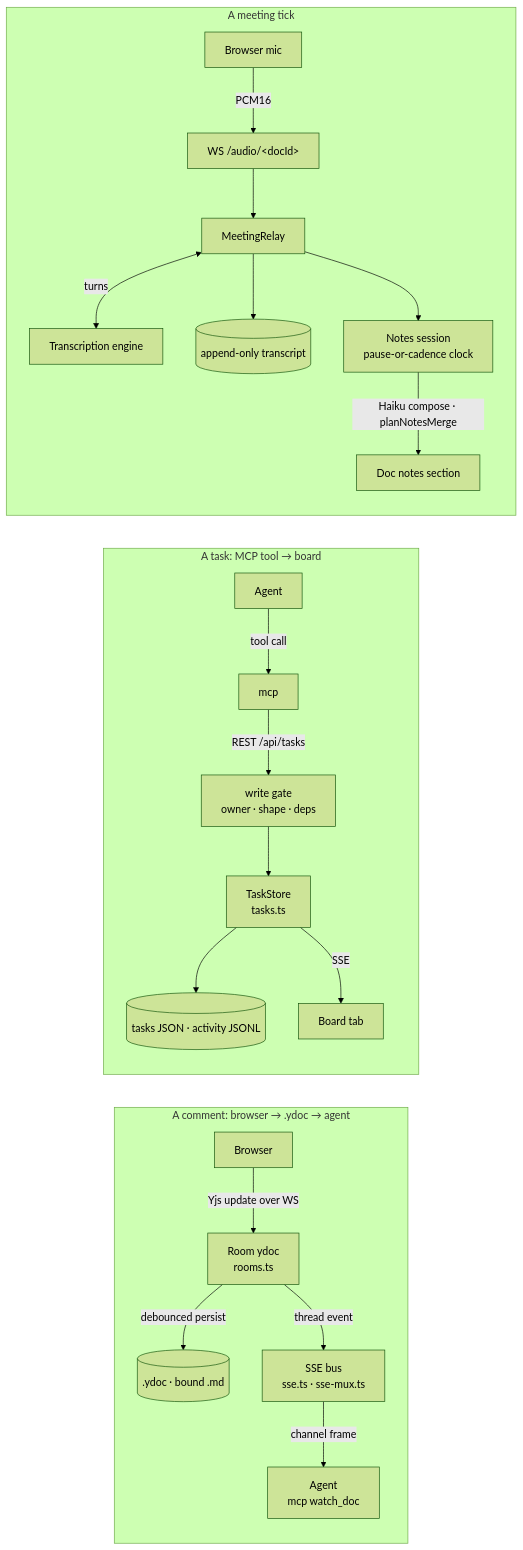
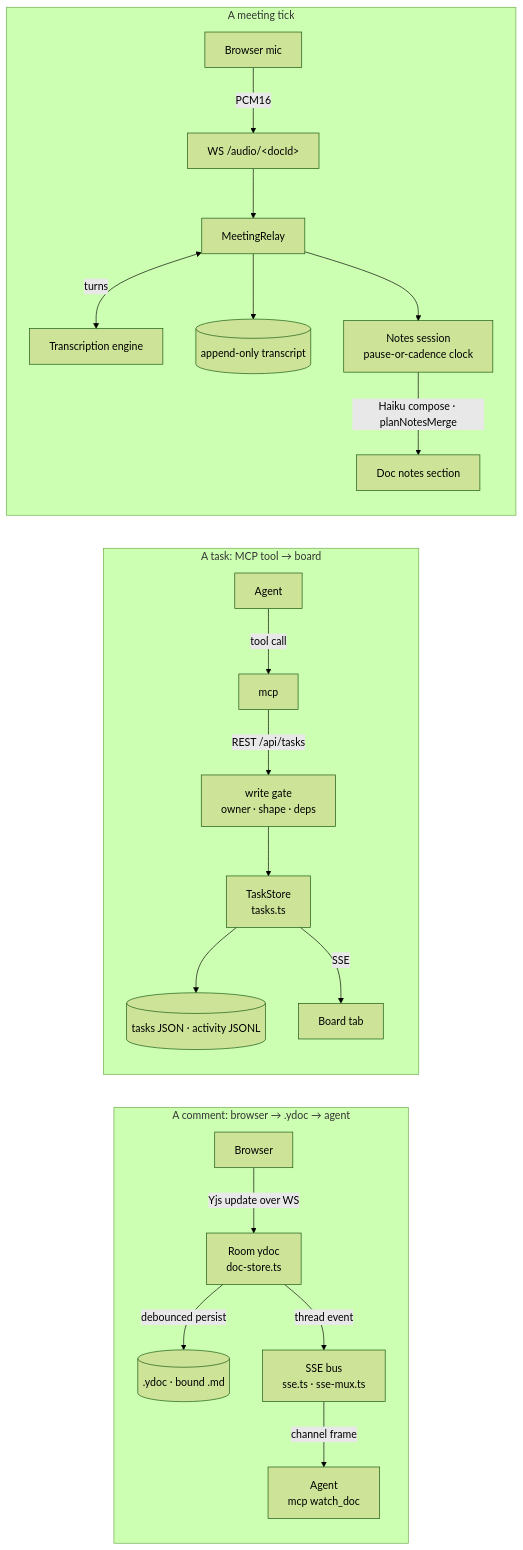
One commit to fryanpan/claude-live-feedback-plugin changed the second of 2 diagrams in docs/architecture/overview.md. Above: the diagram before and after it, drawn with Mermaid (forest theme). The commit also changed other lines of this file and 190 other files, not shown here.

First line of the commit message:
The server's document store is a DocStore, not a room (#719)

````diff
--- a/docs/architecture/overview.md
+++ b/docs/architecture/overview.md
@@ -117,21 +117,21 @@
 ```mermaid
 flowchart LR
   subgraph f1["A comment: browser → .ydoc → agent"]
-    B1[Browser] -->|Yjs update over WS| R1["Room ydoc<br/>rooms.ts"]
+    B1[Browser] -->|Yjs update over WS| R1["Room ydoc<br/>doc-store.ts"]
     R1 -->|debounced persist| Y1[(".ydoc · bound .md")]
     R1 -->|thread event| S1["SSE bus<br/>sse.ts · sse-mux.ts"]
     S1 -->|channel frame| A1["Agent<br/>mcp watch_doc"]
   end
   subgraph f2["A task: MCP tool → board"]
     A2[Agent] -->|tool call| M2[mcp] -->|"REST /api/tasks"| G2["write gate<br/>owner · shape · deps"]
     G2 --> T2["TaskStore<br/>tasks.ts"] --> J2[("tasks JSON · activity JSONL")]
     T2 -->|SSE| H2[Board tab]
   end
   subgraph f3["A meeting tick"]
     Mic[Browser mic] -->|PCM16| W3["WS /audio/&lt;docId&gt;"] --> Rl[MeetingRelay]
     Rl <-->|turns| En[Transcription engine]
     Rl --> St[("append-only transcript")]
     Rl --> N3["Notes session<br/>pause-or-cadence clock"]
     N3 -->|"Haiku compose · planNotesMerge"| D3[Doc notes section]
   end
 ```
````
